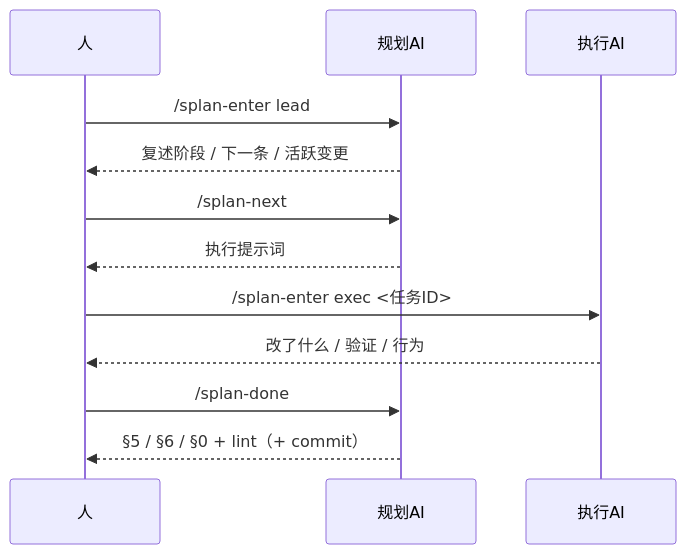
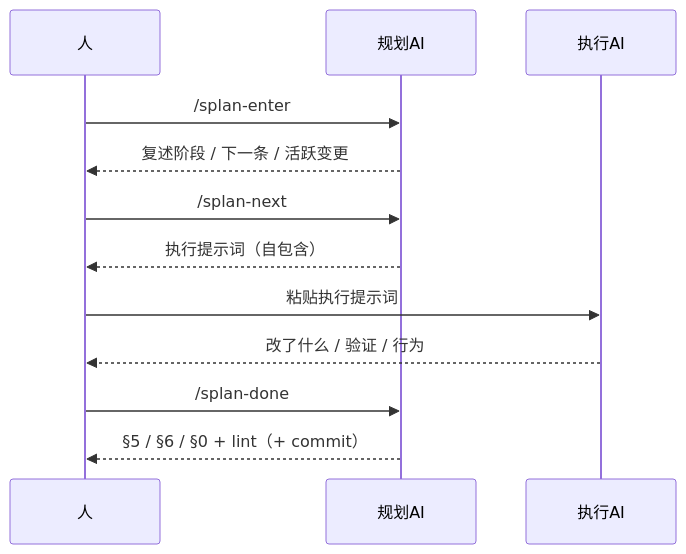
The second of 3 diagrams in 个人/AI工具集/261029AI工具集规划.md (Siaiai/ObsidianNote), drawn with Mermaid before and after one commit. The commit also changed other lines of this file, not shown here.

````diff
--- a/个人/AI工具集/261029AI工具集规划.md
+++ b/个人/AI工具集/261029AI工具集规划.md
@@ -139,14 +138,14 @@
 ```mermaid
 sequenceDiagram
     participant 人
     participant L as 规划AI
     participant E as 执行AI
-    人->>L: /splan-enter lead
+    人->>L: /splan-enter
     L-->>人: 复述阶段 / 下一条 / 活跃变更
     人->>L: /splan-next
-    L-->>人: 执行提示词
-    人->>E: /splan-enter exec <任务ID>
+    L-->>人: 执行提示词（自包含）
+    人->>E: 粘贴执行提示词
     E-->>人: 改了什么 / 验证 / 行为
     人->>L: /splan-done
     L-->>人: §5 / §6 / §0 + lint（+ commit）
 ```
````
